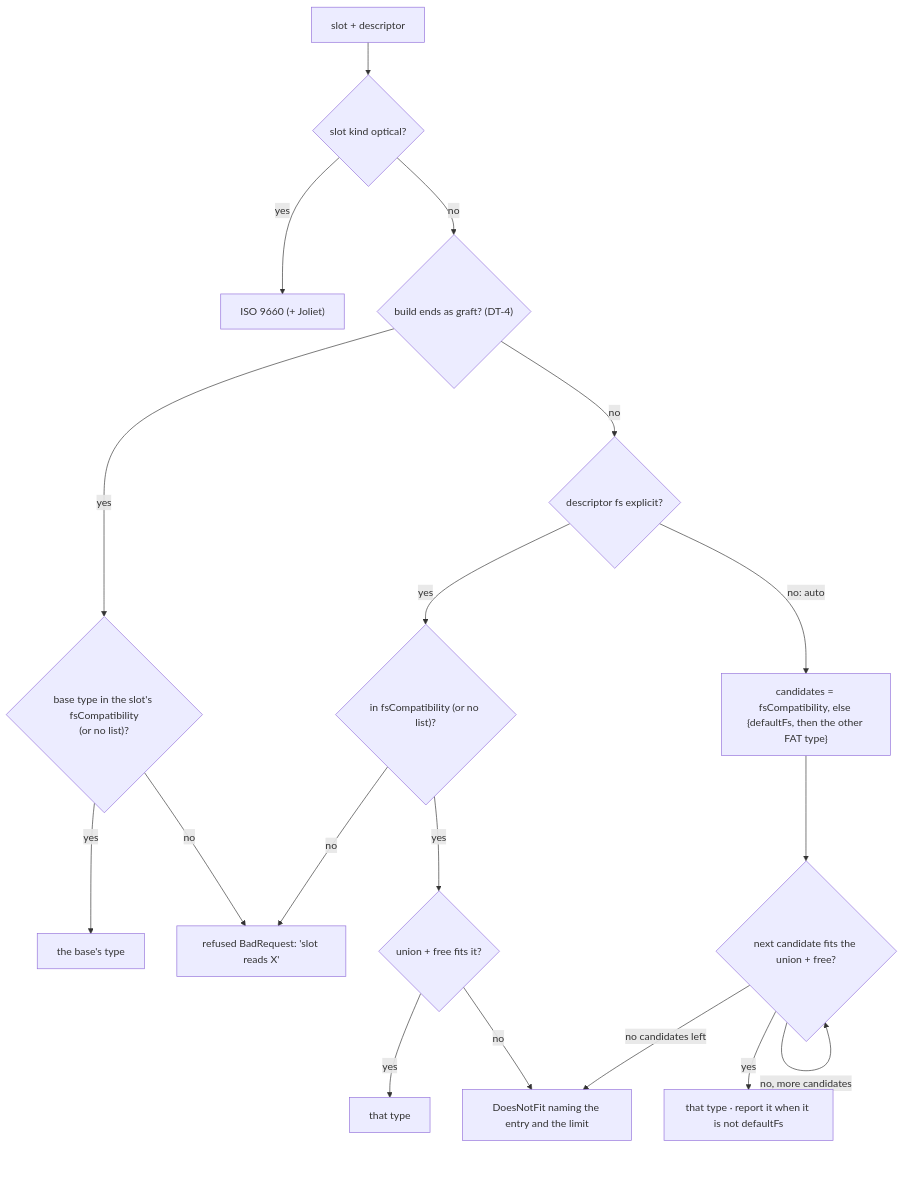
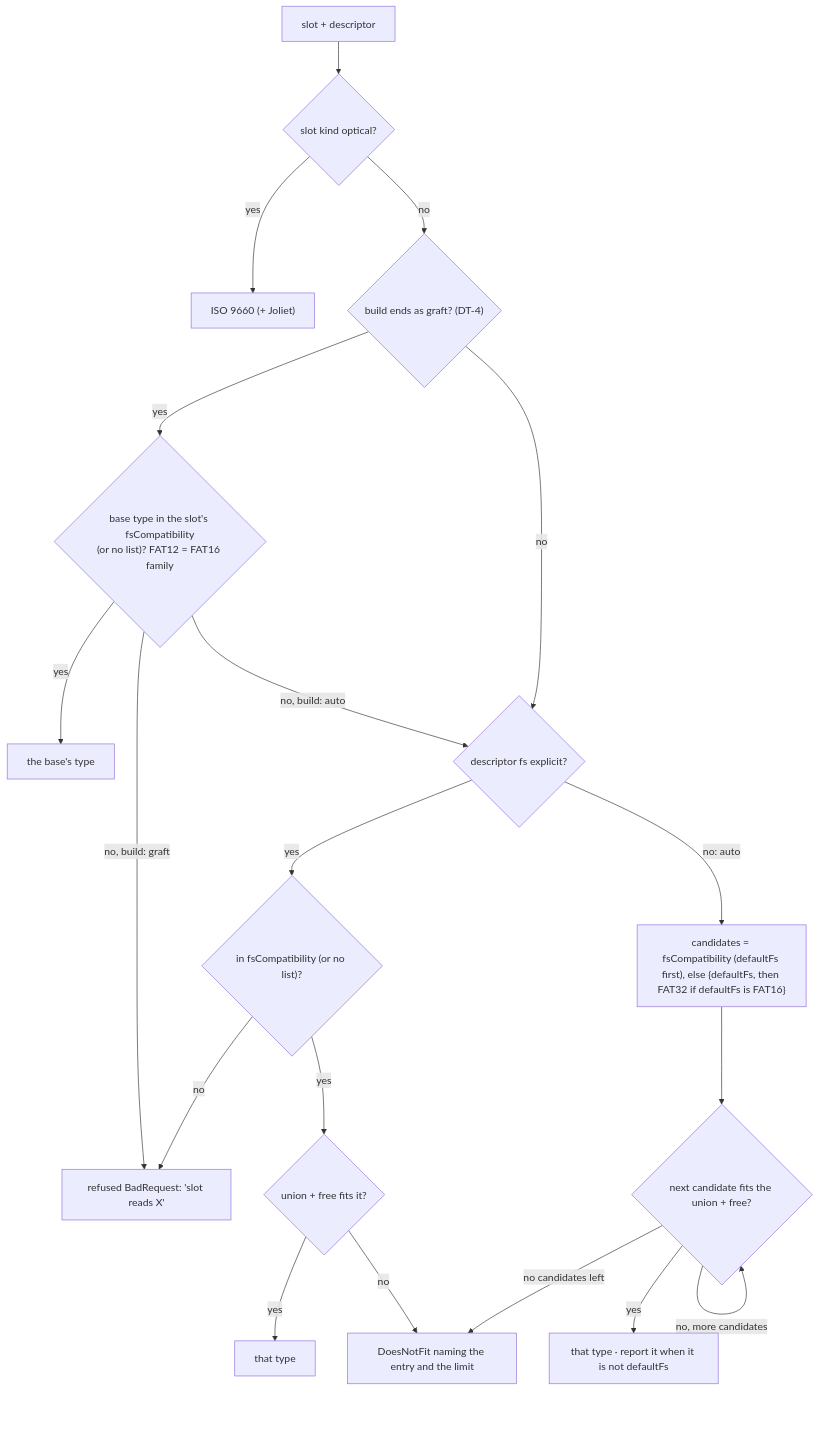
The second of 2 diagrams in docs/inprogress/2026-10-05-media-multisource/fs-compatibility.md (alfishe/unreal-ng), drawn with Mermaid before and after one commit. The commit also changed other lines of this file and 57 other files, not shown here.

````diff
--- a/docs/inprogress/2026-10-05-media-multisource/fs-compatibility.md
+++ b/docs/inprogress/2026-10-05-media-multisource/fs-compatibility.md
@@ -169,20 +247,21 @@
 ```mermaid
 flowchart TD
     A["slot + descriptor"] --> O{"slot kind optical?"}
     O -->|"yes"| ISO["ISO 9660 (+ Joliet)"]
     O -->|"no"| G{"build ends as graft? (DT-4)"}
-    G -->|"yes"| GB{"base type in the slot's fsCompatibility<br/>(or no list)?"}
+    G -->|"yes"| GB{"base type in the slot's fsCompatibility<br/>(or no list)? FAT12 = FAT16 family"}
     GB -->|"yes"| BT["the base's type"]
-    GB -->|"no"| GR["refused BadRequest: 'slot reads X'"]
+    GB -->|"no, build: graft"| GR["refused BadRequest: 'slot reads X'"]
+    GB -->|"no, build: auto"| E
     G -->|"no"| E{"descriptor fs explicit?"}
     E -->|"yes"| EA{"in fsCompatibility (or no list)?"}
     EA -->|"no"| GR
     EA -->|"yes"| EF{"union + free fits it?"}
     EF -->|"yes"| USE["that type"]
     EF -->|"no"| DNF["DoesNotFit naming the entry and the limit"]
-    E -->|"no: auto"| C["candidates = fsCompatibility, else {defaultFs, then the other FAT type}"]
+    E -->|"no: auto"| C["candidates = fsCompatibility (defaultFs first), else {defaultFs, then FAT32 if defaultFs is FAT16}"]
     C --> L{"next candidate fits the union + free?"}
     L -->|"yes"| PICK["that type · report it when it is not defaultFs"]
     L -->|"no, more candidates"| L
     L -->|"no candidates left"| DNF
 ```
````
